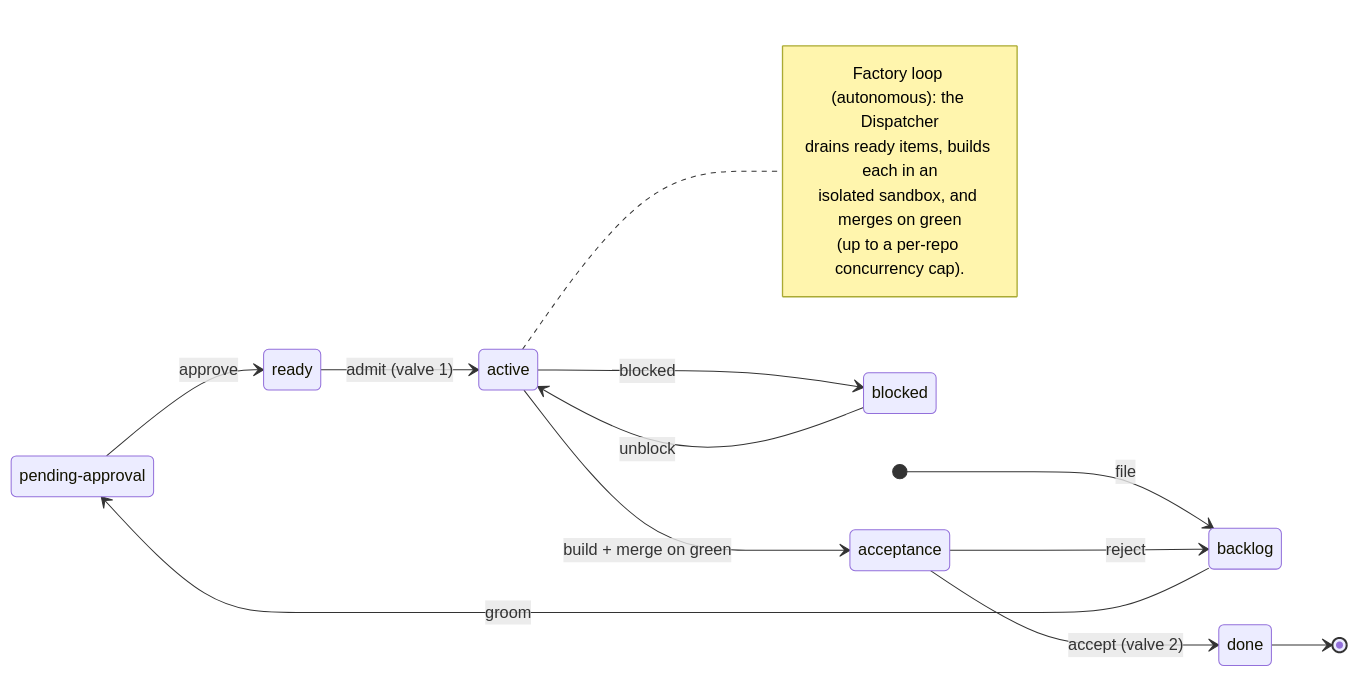
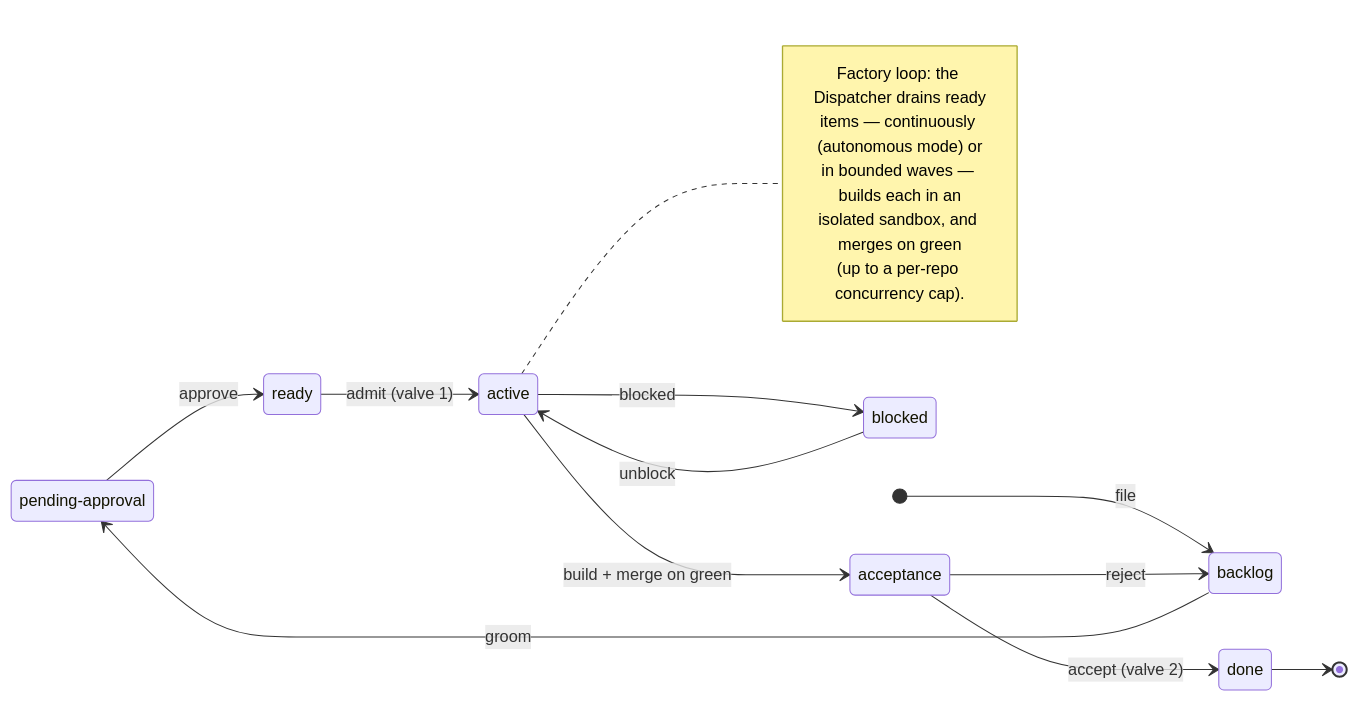
Before and after one commit to thewoolleyman/livespec: the diagram in README.md, drawn with Mermaid. The commit also changed other lines of this file and 2 other files, not shown here.

````diff
--- a/README.md
+++ b/README.md
@@ -258,22 +271,23 @@
 ```mermaid
 stateDiagram-v2
     direction LR
     state "pending-approval" as pending
     [*] --> backlog: file
     backlog --> pending: groom
     pending --> ready: approve
     ready --> active: admit (valve 1)
     active --> acceptance: build + merge on green
     acceptance --> done: accept (valve 2)
     active --> blocked: blocked
     blocked --> active: unblock
     acceptance --> backlog: reject
     done --> [*]
 
     note right of active
-      Factory loop (autonomous): the Dispatcher
-      drains ready items, builds each in an
+      Factory loop: the Dispatcher drains ready
+      items — continuously (autonomous mode) or
+      in bounded waves — builds each in an
       isolated sandbox, and merges on green
       (up to a per-repo concurrency cap).
     end note
 ```
````
